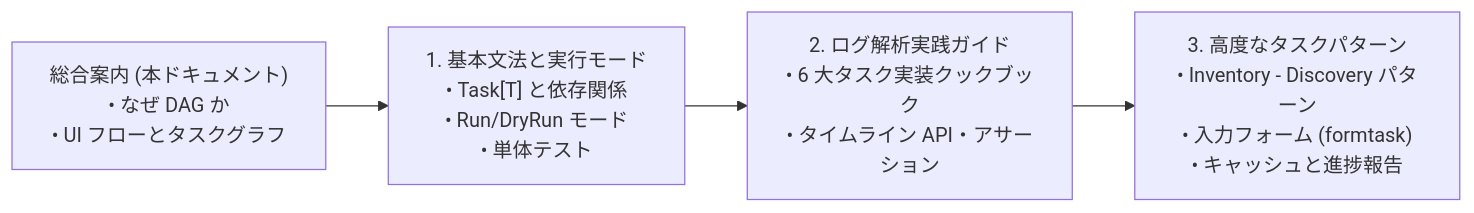
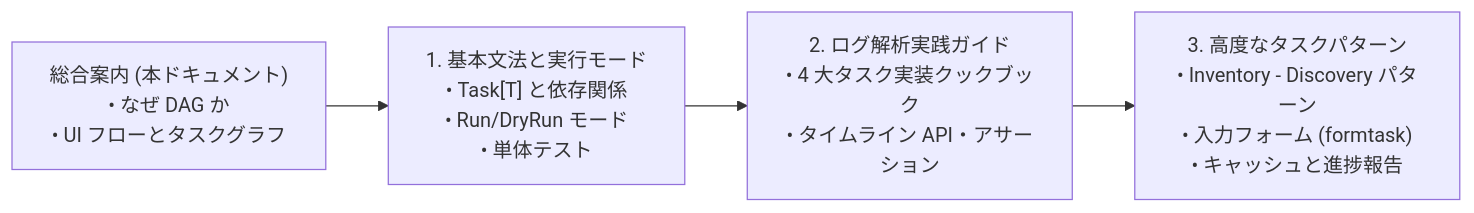
One commit to GoogleCloudPlatform/khi changed the first of 2 diagrams in docs/ja/khi-task-system-concept.md. Above: the diagram before and after it, drawn with Mermaid. The commit also changed other lines of this file and 398 other files, not shown here.

````diff
--- a/docs/ja/khi-task-system-concept.md
+++ b/docs/ja/khi-task-system-concept.md
@@ -13,11 +13,11 @@
 ```mermaid
 flowchart LR
     Portal["総合案内 (本ドキュメント)<br>• なぜ DAG か<br>• UI フローとタスクグラフ"]
     P1["1. 基本文法と実行モード<br>• Task[T] と依存関係<br>• Run/DryRun モード<br>• 単体テスト"]
-    P2["2. ログ解析実践ガイド<br>• 6 大タスク実装クックブック<br>• タイムライン API・アサーション"]
+    P2["2. ログ解析実践ガイド<br>• 4 大タスク実装クックブック<br>• タイムライン API・アサーション"]
     P3["3. 高度なタスクパターン<br>• Inventory - Discovery パターン<br>• 入力フォーム (formtask)<br>• キャッシュと進捗報告"]
 
     Portal --> P1
     P1 --> P2
     P2 --> P3
 ```
````
